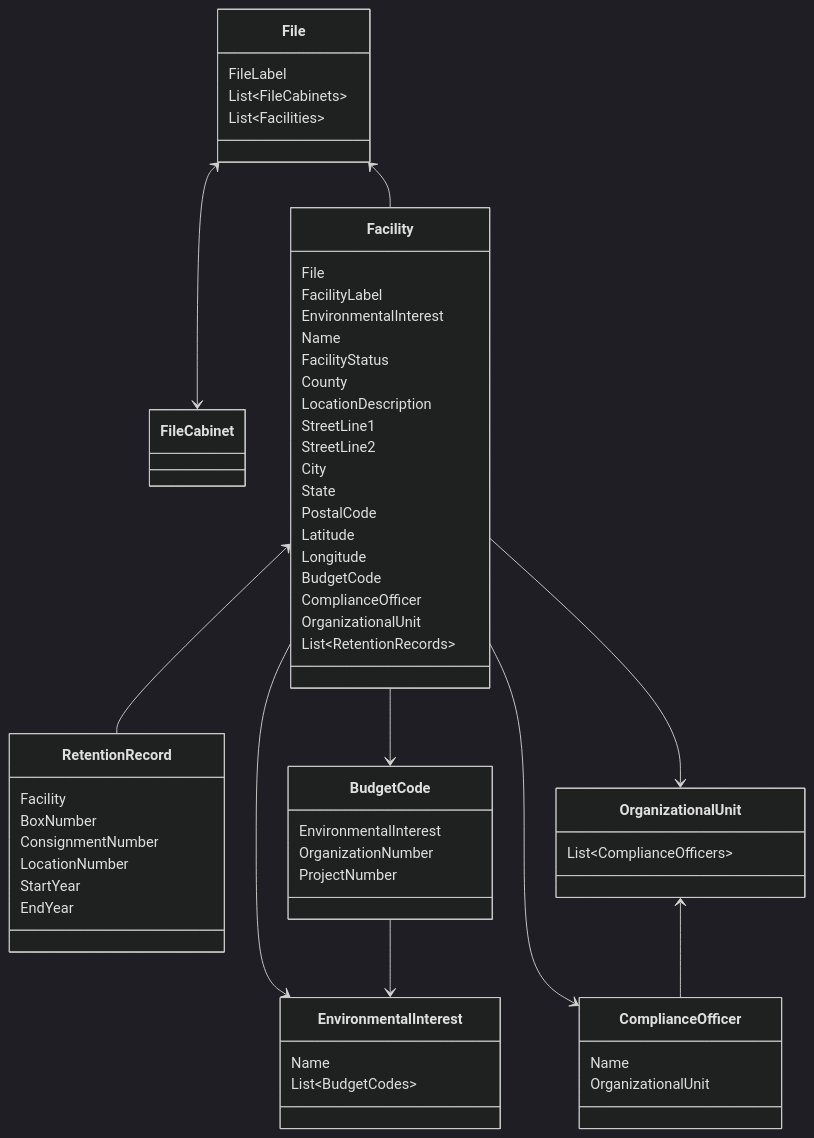
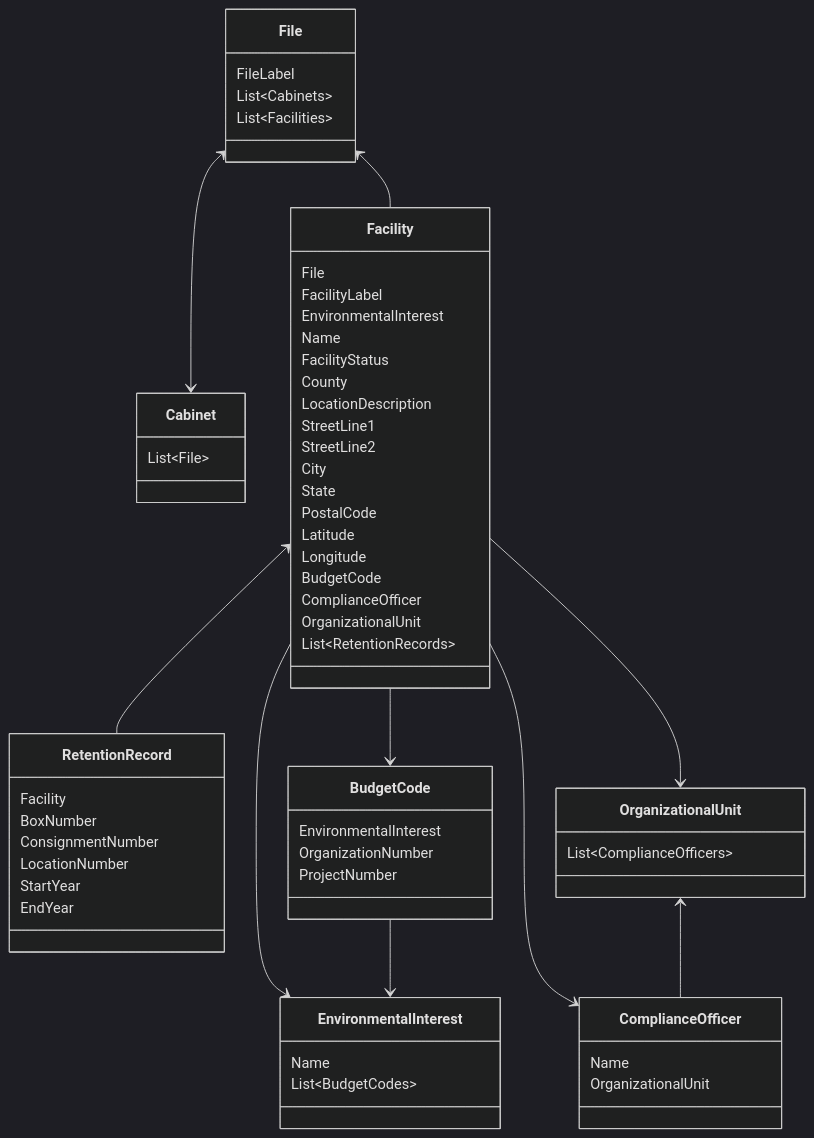
One commit to gaepdit/FMS changed the diagram in docs/ER-diagram.md. Above: the diagram before and after it, drawn with Mermaid (dark theme). The commit also changed 36 other files, not shown here.

````diff
--- a/docs/ER-diagram.md
+++ b/docs/ER-diagram.md
@@ -3,77 +3,81 @@
 ```mermaid
 
 classDiagram
-    File <--> FileCabinet
+    File <--> Cabinet
     File <-- Facility
         
     Facility <-- RetentionRecord
     Facility --> BudgetCode
     Facility --> EnvironmentalInterest
     Facility --> ComplianceOfficer
     Facility --> OrganizationalUnit
 
     BudgetCode --> EnvironmentalInterest
 
     OrganizationalUnit <-- ComplianceOfficer
 
 %% Classes
 
 class File {
     FileLabel
-    List~FileCabinets~
+    List~Cabinets~
     List~Facilities~
+}
+
+class Cabinet {
+    List~File~
 }
 
 class Facility {
     File
     FacilityLabel
     EnvironmentalInterest
     Name
     FacilityStatus
     County
     LocationDescription
     StreetLine1
     StreetLine2
     City
     State
     PostalCode
     Latitude
     Longitude
     BudgetCode
     ComplianceOfficer
     OrganizationalUnit
     List~RetentionRecords~
 }
 
 class RetentionRecord {
     Facility
     BoxNumber
     ConsignmentNumber
     LocationNumber
     StartYear
     EndYear
 }
 
 class EnvironmentalInterest {
     Name
     List~BudgetCodes~
 }
 
 %% Lookup tables
 
 class BudgetCode {
     EnvironmentalInterest
     OrganizationNumber
     ProjectNumber
 }
 
 class OrganizationalUnit {
     List~ComplianceOfficers~
 }
 
 class ComplianceOfficer {
     Name
     OrganizationalUnit
 }
 
 ```
````
